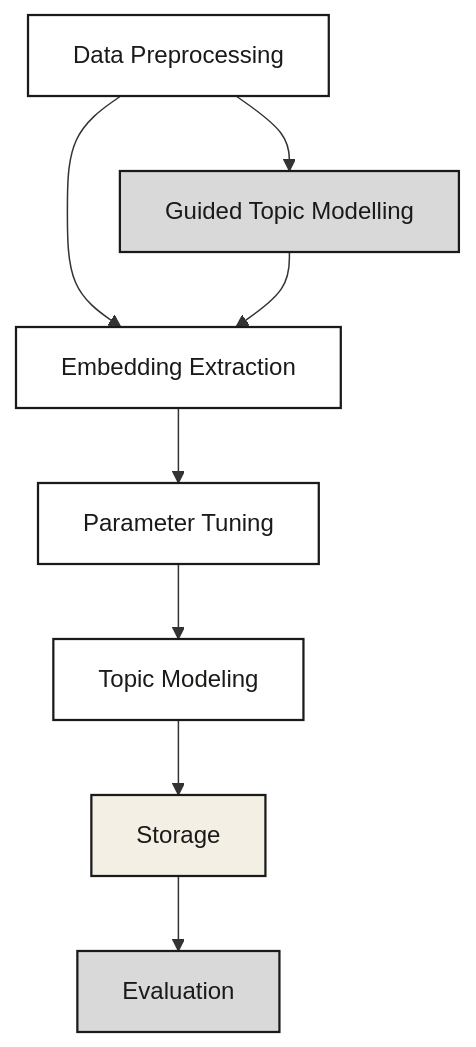
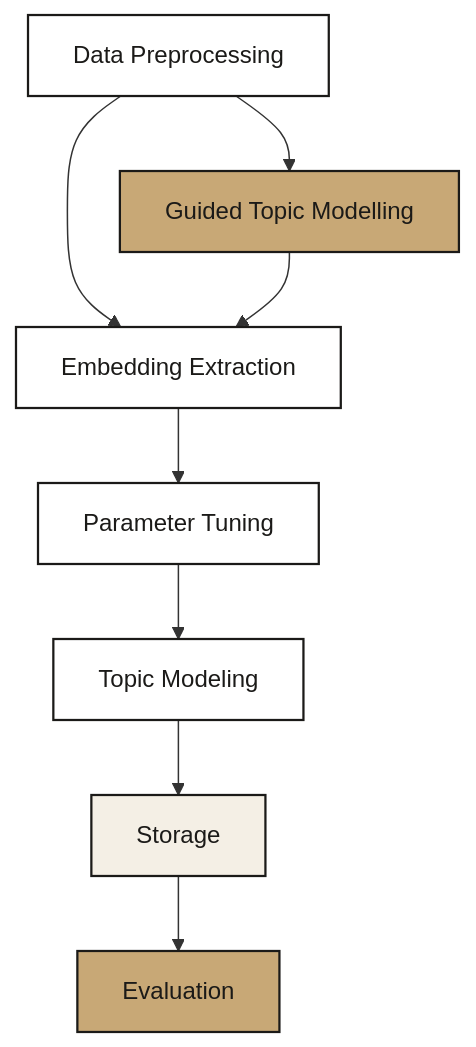
Before and after one commit to ay94/topic-modeling-recipes: the third of 4 diagrams in docs/workflows/README.md, drawn with Mermaid. The commit also changed other lines of this file, not shown here.

Commit message:
Fix diagram colours: use gold #C8A876 for optional/auxiliary nodes across all workflow diagrams

````diff
--- a/docs/workflows/README.md
+++ b/docs/workflows/README.md
@@ -155,18 +155,18 @@
 ```mermaid
 flowchart TD
     A[Data Preprocessing] --> H[Guided Topic Modelling]:::optional
     A --> B[Embedding Extraction]
     H --> B
     B --> C[Parameter Tuning]
     C --> D[Topic Modeling]
     D --> E[Storage]
     E --> G[Evaluation]:::optional
 
     classDef process fill:#ffffff,stroke:#1B1A18,stroke-width:1.5px,color:#1B1A18
     classDef data fill:#F4EFE5,stroke:#1B1A18,stroke-width:1.5px,color:#1B1A18
-    classDef optional fill:#d9d9d9,stroke:#1B1A18,stroke-width:1.5px,color:#1B1A18
+    classDef optional fill:#C8A876,stroke:#1B1A18,stroke-width:1.5px,color:#1B1A18
 
     class A,B,C,D process
     class E data
     class H,G optional
 ```
````
